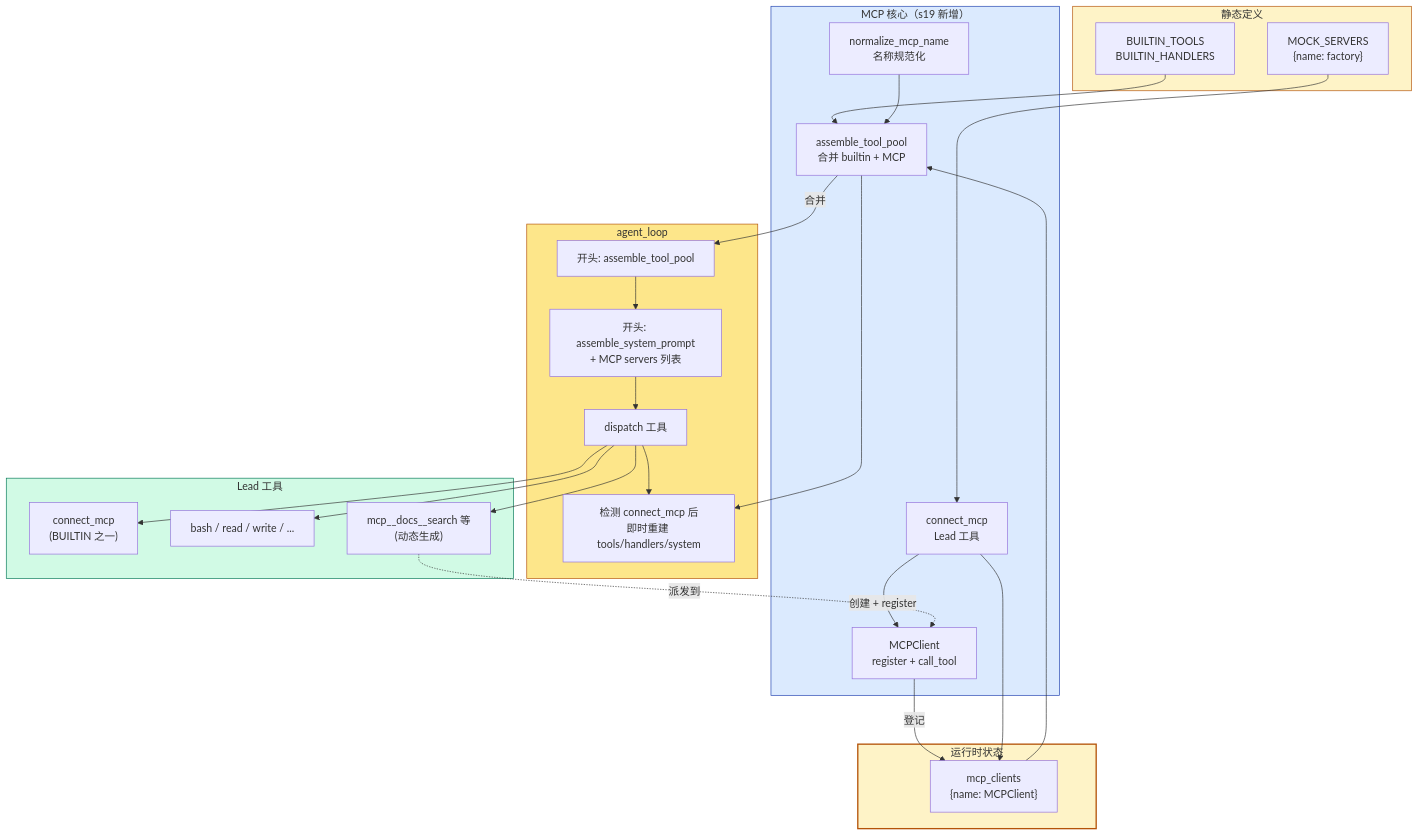
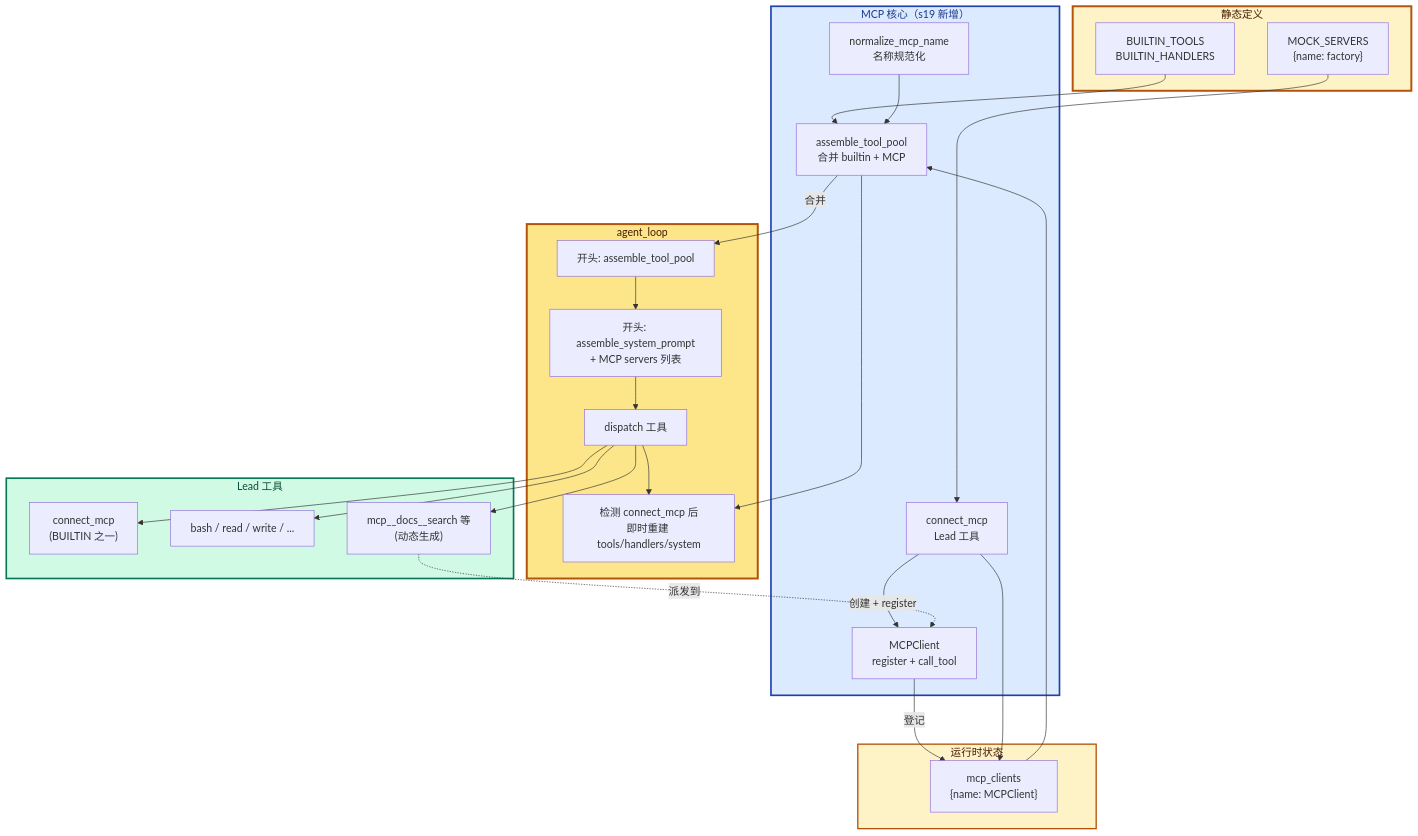
Before and after one commit to PyrePuin/From-Zero-LLM-Agent-Infra-Notes: the second of 3 diagrams in Agent/Harness/Claude Code/Phase 6 - 扩展与组装/19 - MCP Plugin.md, drawn with Mermaid. The commit also changed other lines of this file and 23 other files, not shown here.

First line of the commit message:
refactor(mermaid): 统一所有图的视觉规范

````diff
--- a/Agent/Harness/Claude Code/Phase 6 - 扩展与组装/19 - MCP Plugin.md
+++ b/Agent/Harness/Claude Code/Phase 6 - 扩展与组装/19 - MCP Plugin.md
@@ -438,58 +439,59 @@
 ```mermaid
+%%{init: {'themeVariables': {'fontSize': '16px', 'fontFamily': 'ui-sans-serif, system-ui, -apple-system, "Segoe UI", Roboto, sans-serif'}}}%%
 flowchart TB
     subgraph Static["静态定义"]
         B1["BUILTIN_TOOLS<br/>BUILTIN_HANDLERS"]
         MS["MOCK_SERVERS<br/>{name: factory}"]
     end
 
     subgraph Runtime["运行时状态"]
         MC["mcp_clients<br/>{name: MCPClient}"]
     end
 
     subgraph MCP["MCP 核心（s19 新增）"]
         M1["MCPClient<br/>register + call_tool"]
         M2["connect_mcp<br/>Lead 工具"]
         M3["assemble_tool_pool<br/>合并 builtin + MCP"]
         M4["normalize_mcp_name<br/>名称规范化"]
     end
 
     subgraph Loop["agent_loop"]
         L1["开头: assemble_tool_pool"]
         L2["开头: assemble_system_prompt<br/>+ MCP servers 列表"]
         L3["dispatch 工具"]
         L4["检测 connect_mcp 后<br/>即时重建 tools/handlers/system"]
     end
 
     subgraph Lead["Lead 工具"]
         T1["connect_mcp<br/>(BUILTIN 之一)"]
         T2["bash / read / write / ..."]
         T3["mcp__docs__search 等<br/>(动态生成)"]
     end
 
     MS --> M2
     M2 -->|"创建 + register"| M1
     M1 -->|"登记"| MC
     M2 --> MC
 
     MC --> M3
     B1 --> M3
     M3 -->|"合并"| L1
     M3 --> L4
     M4 --> M3
 
     L1 --> L2
     L2 --> L3
     L3 --> L4
 
     L3 --> T1
     L3 --> T2
     L3 --> T3
 
     T3 -.->|"派发到"| M1
 
-    style Static fill:#fef3c7,stroke:#b45309
-    style Runtime fill:#fef3c7,stroke:#b45309,stroke-width:2px
-    style MCP fill:#dbeafe,stroke:#1e40af
-    style Loop fill:#fde68a,stroke:#b45309
-    style Lead fill:#d1fae5,stroke:#047857
+    style Static fill:#fef3c7,stroke:#b45309,stroke-width:3px,color:#451a03
+    style Runtime fill:#fef3c7,stroke:#b45309,stroke-width:2px,color:#451a03
+    style MCP fill:#dbeafe,stroke:#1e40af,stroke-width:2.5px,color:#1e3a8a
+    style Loop fill:#fde68a,stroke:#b45309,stroke-width:3px,color:#451a03
+    style Lead fill:#d1fae5,stroke:#047857,stroke-width:2.5px,color:#064e3b
 ```
````
